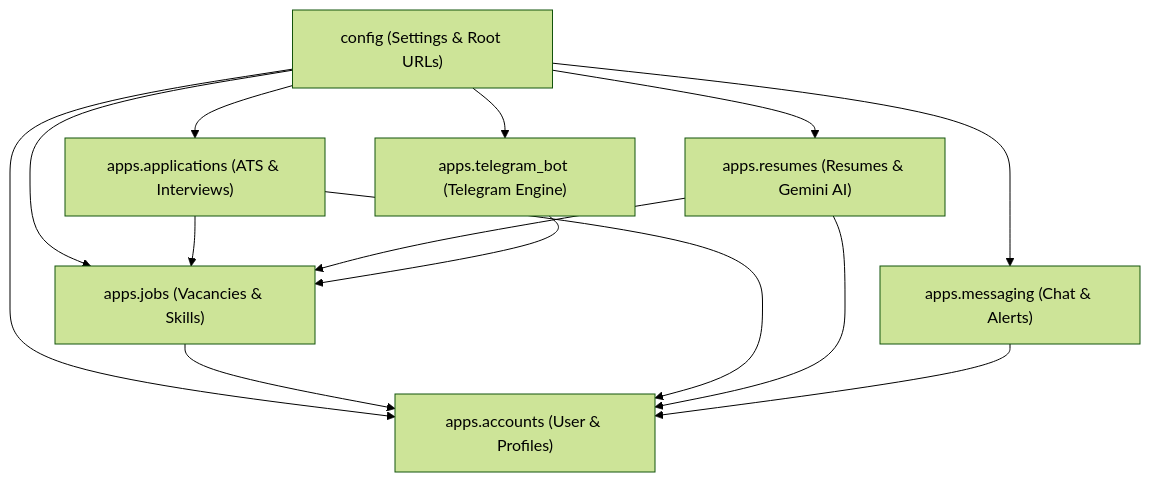
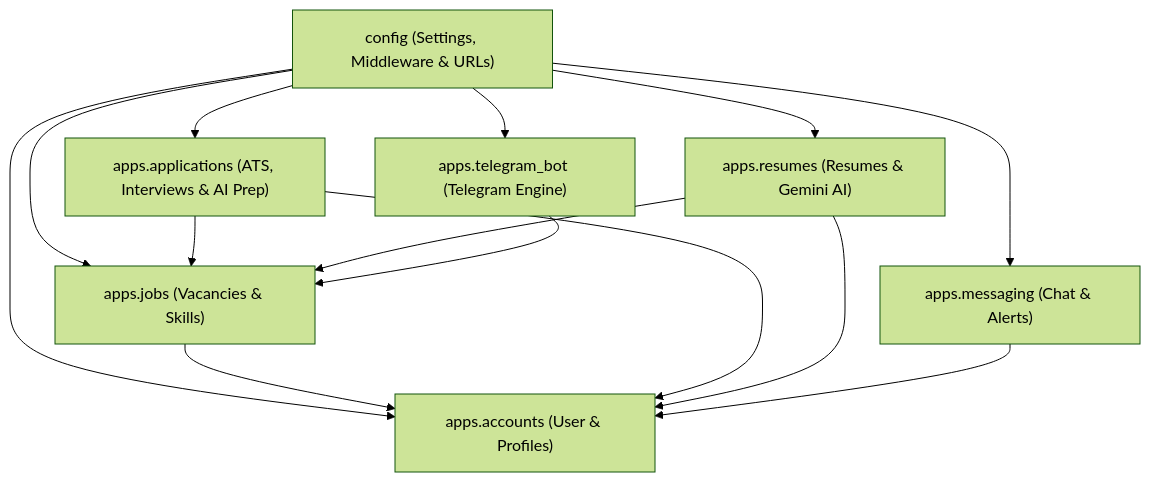
One commit to Laykimhoung/careerlens changed the third of 4 diagrams in docs/ARCHITECTURE.md. Above: the diagram before and after it, drawn with Mermaid (forest theme). The commit also changed other lines of this file and 8 other files, not shown here.

````diff
--- a/docs/ARCHITECTURE.md
+++ b/docs/ARCHITECTURE.md
@@ -210,25 +231,25 @@
 ```mermaid
 flowchart TD
-    config["config (Settings & Root URLs)"]
+    config["config (Settings, Middleware & URLs)"]
     accounts["apps.accounts (User & Profiles)"]
     jobs["apps.jobs (Vacancies & Skills)"]
-    applications["apps.applications (ATS & Interviews)"]
+    applications["apps.applications (ATS, Interviews & AI Prep)"]
     resumes["apps.resumes (Resumes & Gemini AI)"]
     messaging["apps.messaging (Chat & Alerts)"]
     telegram_bot["apps.telegram_bot (Telegram Engine)"]
 
     config --> accounts
     config --> jobs
     config --> applications
     config --> resumes
     config --> messaging
     config --> telegram_bot
 
     jobs --> accounts
     applications --> accounts
     applications --> jobs
     resumes --> accounts
     resumes --> jobs
     messaging --> accounts
     telegram_bot --> jobs
 ```
````
